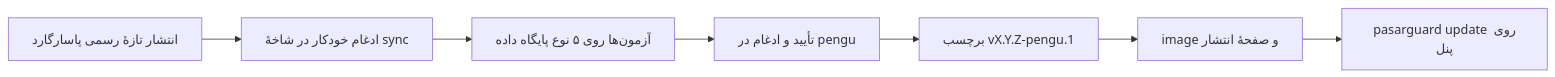
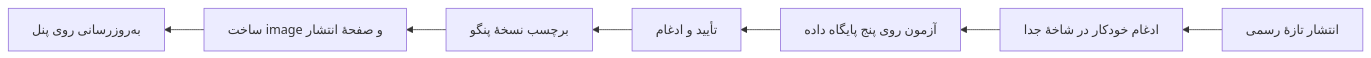
The diagram in .github/README.md (Hugsyyyy/pasarguard-panel), drawn with Mermaid before and after one commit.

Commit message:
docs: right-to-left update diagram

````diff
--- a/.github/README.md
+++ b/.github/README.md
@@ -143,9 +143,9 @@
 ```mermaid
-flowchart LR
-    A["انتشار تازهٔ رسمی پاسارگارد"] --> B["ادغام خودکار در شاخهٔ sync"]
-    B --> C["آزمون‌ها روی ۵ نوع پایگاه داده"]
-    C --> D["تأیید و ادغام در pengu"]
-    D --> E["برچسب vX.Y.Z-pengu.1"]
-    E --> F["image و صفحهٔ انتشار"]
-    F --> G["pasarguard update روی پنل"]
+flowchart RL
+    A["انتشار تازهٔ رسمی"] --> B["ادغام خودکار در شاخهٔ جدا"]
+    B --> C["آزمون روی پنج پایگاه داده"]
+    C --> D["تأیید و ادغام"]
+    D --> E["برچسب نسخهٔ پنگو"]
+    E --> F["ساخت image و صفحهٔ انتشار"]
+    F --> G["به‌روزرسانی روی پنل"]
 ```
````
